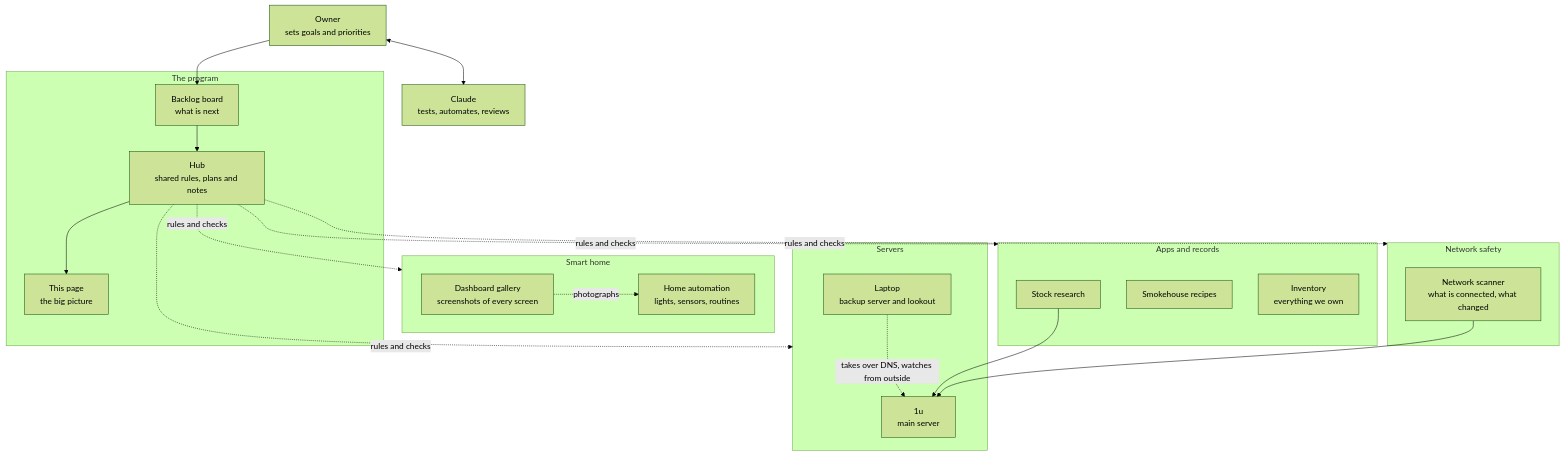
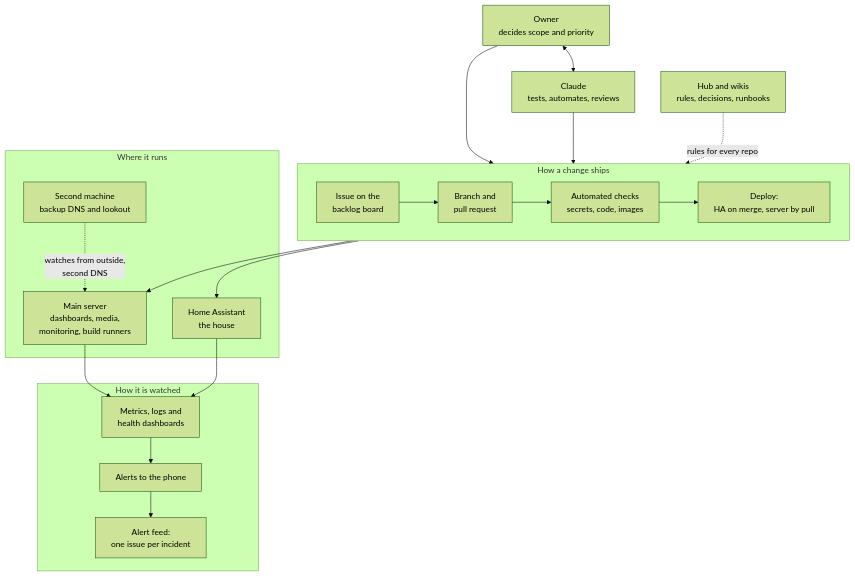
Before and after one commit to midwest-labs/midwest-labs: the diagram in README.md, drawn with Mermaid (forest theme). The commit also changed other lines of this file, not shown here.

````diff
--- a/README.md
+++ b/README.md
@@ -25,45 +22,38 @@
 ```mermaid
 flowchart TB
-    owner["Owner<br/>sets goals and priorities"]
+    owner["Owner<br/>decides scope and priority"]
     claude["Claude<br/>tests, automates, reviews"]
     owner <--> claude
 
-    subgraph program["The program"]
-        hub["Hub<br/>shared rules, plans and notes"]
-        board["Backlog board<br/>what is next"]
-        landing["This page<br/>the big picture"]
+    subgraph change["How a change ships"]
+        direction LR
+        issue["Issue on the<br/>backlog board"] --> branch["Branch and<br/>pull request"]
+        branch --> ci["Automated checks<br/>secrets, code, images"]
+        ci --> deploy["Deploy:<br/>HA on merge, server by pull"]
     end
 
-    subgraph home["Smart home"]
-        house["Home automation<br/>lights, sensors, routines"]
-        gallery["Dashboard gallery<br/>screenshots of every screen"]
+    subgraph hosts["Where it runs"]
+        ha["Home Assistant<br/>the house"]
+        main["Main server<br/>dashboards, media,<br/>monitoring, build runners"]
+        backup["Second machine<br/>backup DNS and lookout"]
     end
 
-    subgraph servers["Servers"]
-        main["1u<br/>main server"]
-        laptop["Laptop<br/>backup server and lookout"]
+    subgraph watch["How it is watched"]
+        mon["Metrics, logs and<br/>health dashboards"]
+        alert["Alerts to the phone"]
+        feed["Alert feed:<br/>one issue per incident"]
     end
 
-    subgraph security["Network safety"]
-        scanner["Network scanner<br/>what is connected, what changed"]
-    end
+    docs["Hub and wikis<br/>rules, decisions, runbooks"]
 
-    subgraph apps["Apps and records"]
-        stocks["Stock research"]
-        smoke["Smokehouse recipes"]
-        inventory["Inventory<br/>everything we own"]
-    end
-
-    owner --> board
-    board --> hub
-    hub -. "rules and checks" .-> home
-    hub -. "rules and checks" .-> servers
-    hub -. "rules and checks" .-> security
-    hub -. "rules and checks" .-> apps
-    hub --> landing
-
-    gallery -. "photographs" .-> house
-    scanner --> main
-    stocks --> main
-    laptop -. "takes over DNS, watches from outside" .-> main
+    owner --> issue
+    claude --> branch
+    deploy --> ha
+    deploy --> main
+    main --> mon
+    ha --> mon
+    mon --> alert
+    alert --> feed
+    backup -. "watches from outside,<br/>second DNS" .-> main
+    docs -. "rules for every repo" .-> change
 ```
````
